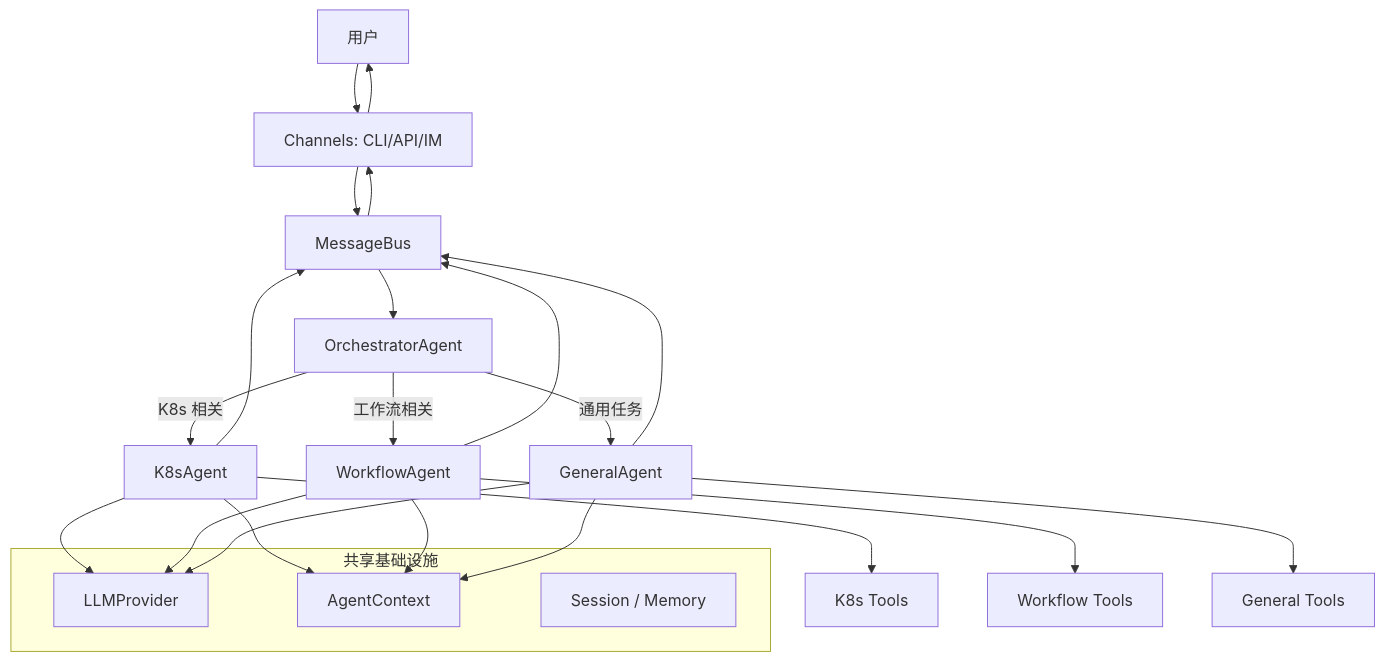
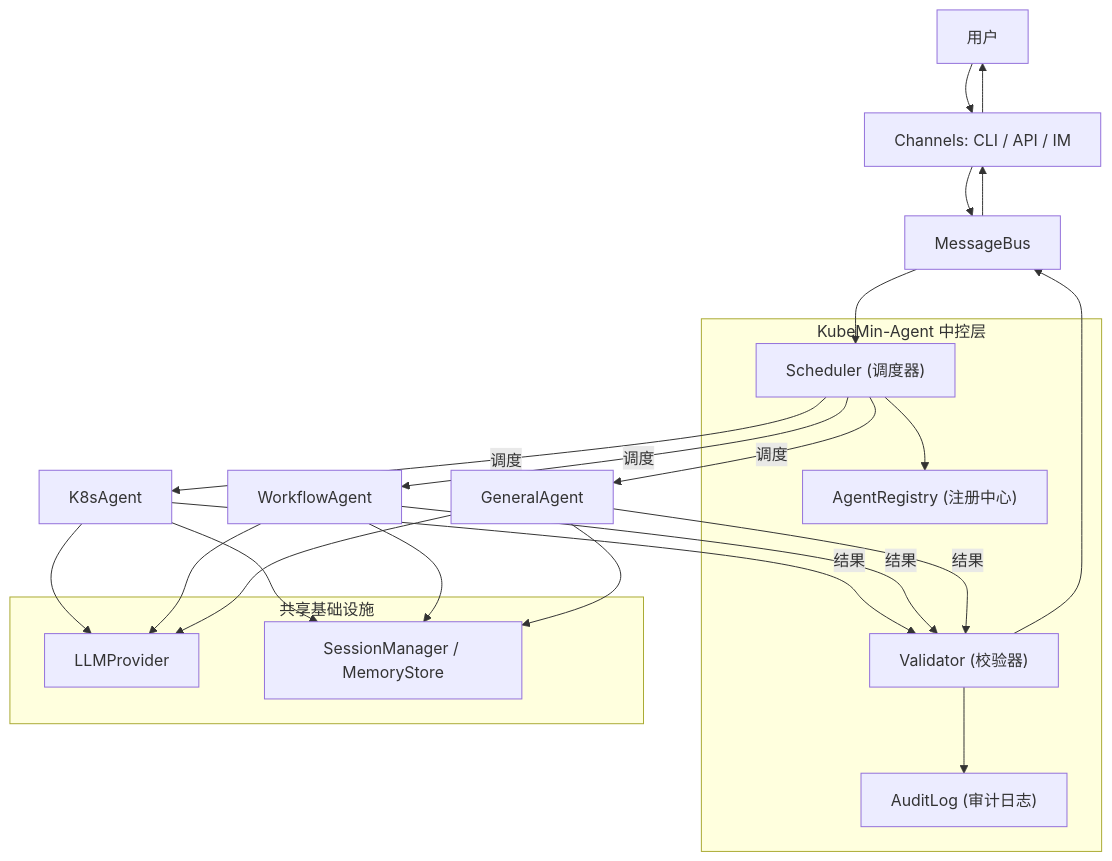
Before and after one commit to SilentEchoe/KubeMin-Agent: the diagram in docs/design-and-implementation-plan.md, drawn with Mermaid. The commit also changed other lines of this file, not shown here.

First line of the commit message:
docs: redefine KubeMin-Agent as Agent Control Plane

````diff
--- a/docs/design-and-implementation-plan.md
+++ b/docs/design-and-implementation-plan.md
@@ -34,33 +49,38 @@
 ```mermaid
 flowchart TB
-  U["用户"] --> CH["Channels: CLI/API/IM"]
+  U["用户"] --> CH["Channels: CLI / API / IM"]
   CH --> BUS["MessageBus"]
-  BUS --> ORCH["OrchestratorAgent"]
 
-  ORCH -->|"K8s 相关"| K8SA["K8sAgent"]
-  ORCH -->|"工作流相关"| WFA["WorkflowAgent"]
-  ORCH -->|"通用任务"| GA["GeneralAgent"]
+  subgraph ControlPlane["KubeMin-Agent 中控层"]
+    SCHED["Scheduler (调度器)"]
+    VALID["Validator (校验器)"]
+    REG["AgentRegistry (注册中心)"]
+    AUDIT["AuditLog (审计日志)"]
+  end
 
-  subgraph Shared["共享基础设施"]
+  BUS --> SCHED
+  SCHED --> REG
+  SCHED -->|"调度"| K8SA["K8sAgent"]
+  SCHED -->|"调度"| WFA["WorkflowAgent"]
+  SCHED -->|"调度"| GA["GeneralAgent"]
+
+  K8SA -->|"结果"| VALID
+  WFA -->|"结果"| VALID
+  GA -->|"结果"| VALID
+  VALID --> AUDIT
+  VALID --> BUS
+
+  subgraph Infra["共享基础设施"]
     LLM["LLMProvider"]
-    CTX["AgentContext"]
-    STORE["Session / Memory"]
+    CTX["SessionManager / MemoryStore"]
   end
 
   K8SA --> LLM
-  K8SA --> K8ST["K8s Tools"]
   WFA --> LLM
-  WFA --> WFT["Workflow Tools"]
   GA --> LLM
-  GA --> GT["General Tools"]
-
   K8SA --> CTX
   WFA --> CTX
   GA --> CTX
 
-  K8SA --> BUS
-  WFA --> BUS
-  GA --> BUS
-  BUS --> CH
-  CH --> U
+  BUS --> CH --> U
 ```
````
